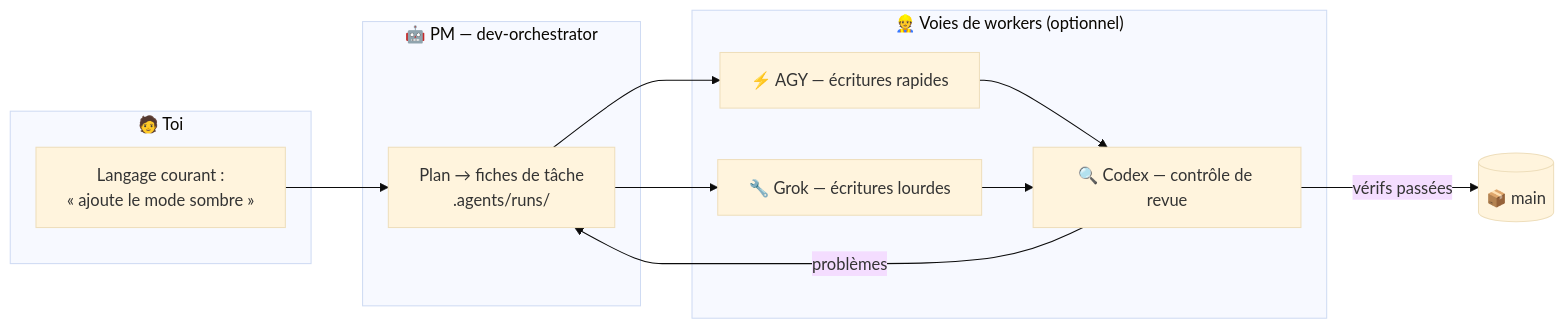
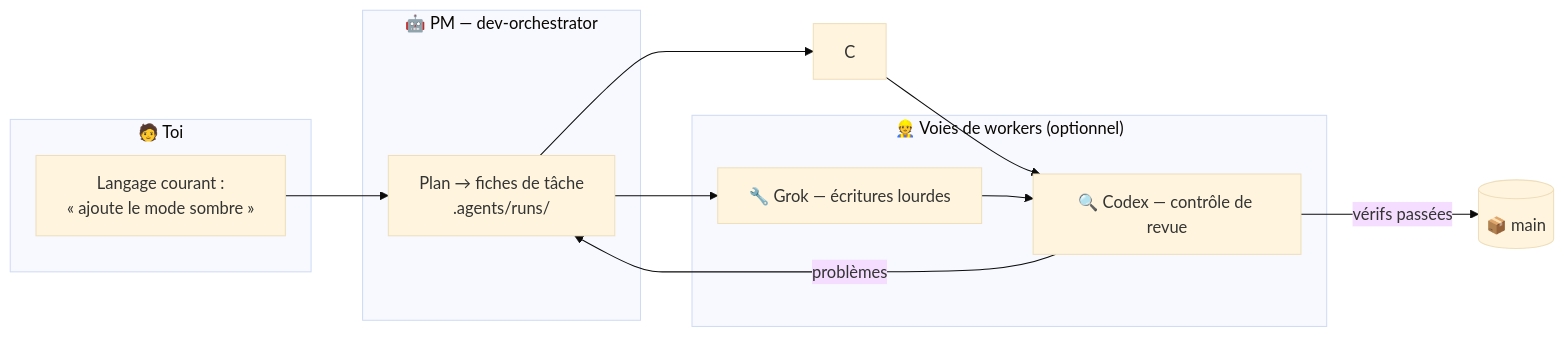
Before and after one commit to VKirill/claude-lane-stack: the diagram in README.fr.md, drawn with Mermaid (base theme). The commit also changed other lines of this file and 57 other files, not shown here.

````diff
--- a/README.fr.md
+++ b/README.fr.md
@@ -92,19 +91,18 @@
 ```mermaid
 flowchart LR
     subgraph you ["🧑 Toi"]
         A["Langage courant :<br/>« ajoute le mode sombre »"]
     end
     subgraph pm ["🤖 PM — dev-orchestrator"]
         B["Plan → fiches de tâche<br/>.agents/runs/"]
     end
     subgraph lanes ["👷 Voies de workers (optionnel)"]
-        C["⚡ AGY — écritures rapides"]
         D["🔧 Grok — écritures lourdes"]
         E["🔍 Codex — contrôle de revue"]
     end
     A --> B
     B --> C & D
     C & D --> E
     E -->|vérifs passées| F[("📦 main")]
     E -->|problèmes| B
 ```
````
